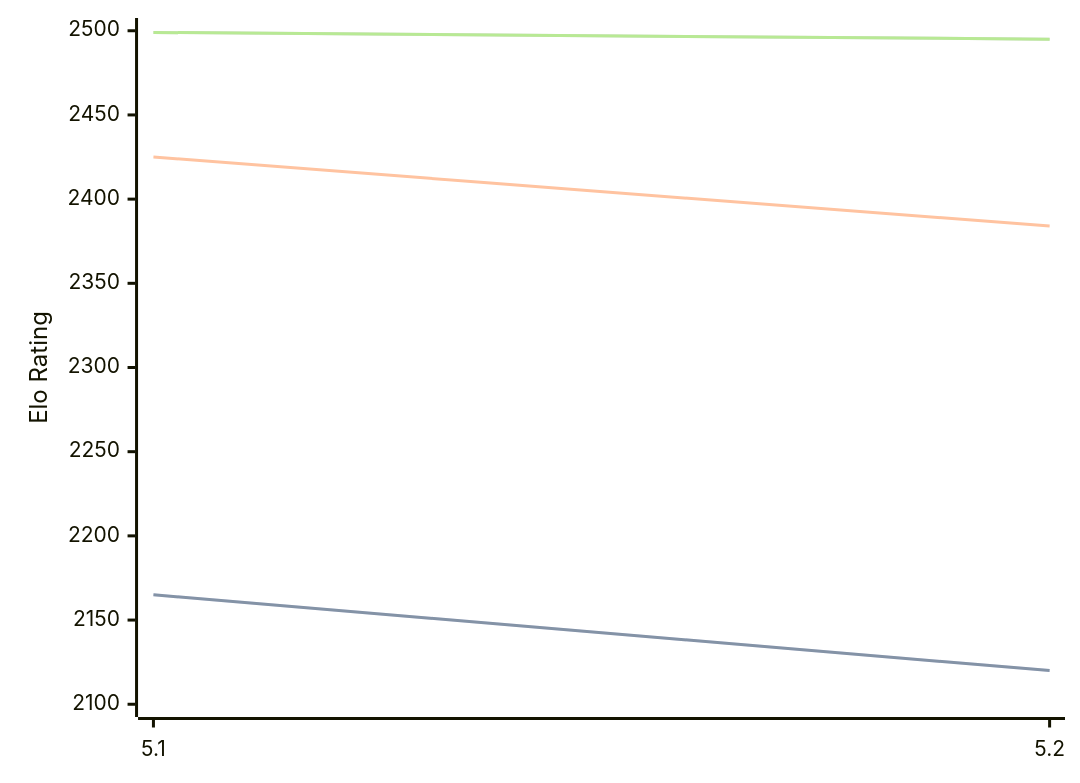
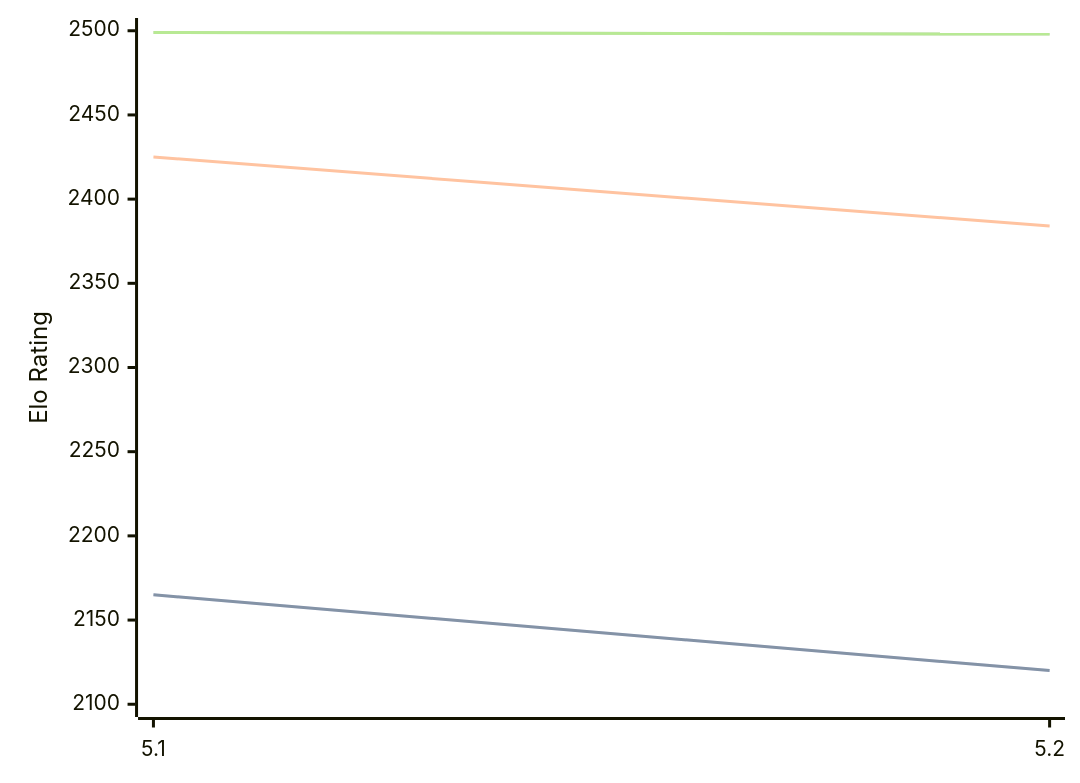
One commit to computer-chess-index/cci changed the diagram in engines/Prophet.md. Above: the diagram before and after it, drawn with Mermaid. The commit also changed other lines of this file, not shown here.

Commit message:
Update CCI Ratings (ELO VLTC) - 2026-09-03

````diff
--- a/engines/Prophet.md
+++ b/engines/Prophet.md
@@ -32,11 +32,11 @@
 ```mermaid
 %%{init: {"theme":"base","themeVariables":{"seriesColors:['#a3a3a3','#222221','#faa371']}}}%%
 xychart-beta
   x-axis ["5.1", "5.2"]
   y-axis "Elo Rating" 2100 --> 2500
   line "" [2165, 2120]
   line "STC (8.0+0.08s)" [2165, 2120]
   line "LTC (60.0+0.60s)" [2425, 2384]
-  line "" [2499, 2495]
-  line "VLTC (2m24s+1.12s)" [2499, 2495]
+  line "" [2499, 2498]
+  line "VLTC (2m24s+1.12s)" [2499, 2498]
 ```
````
